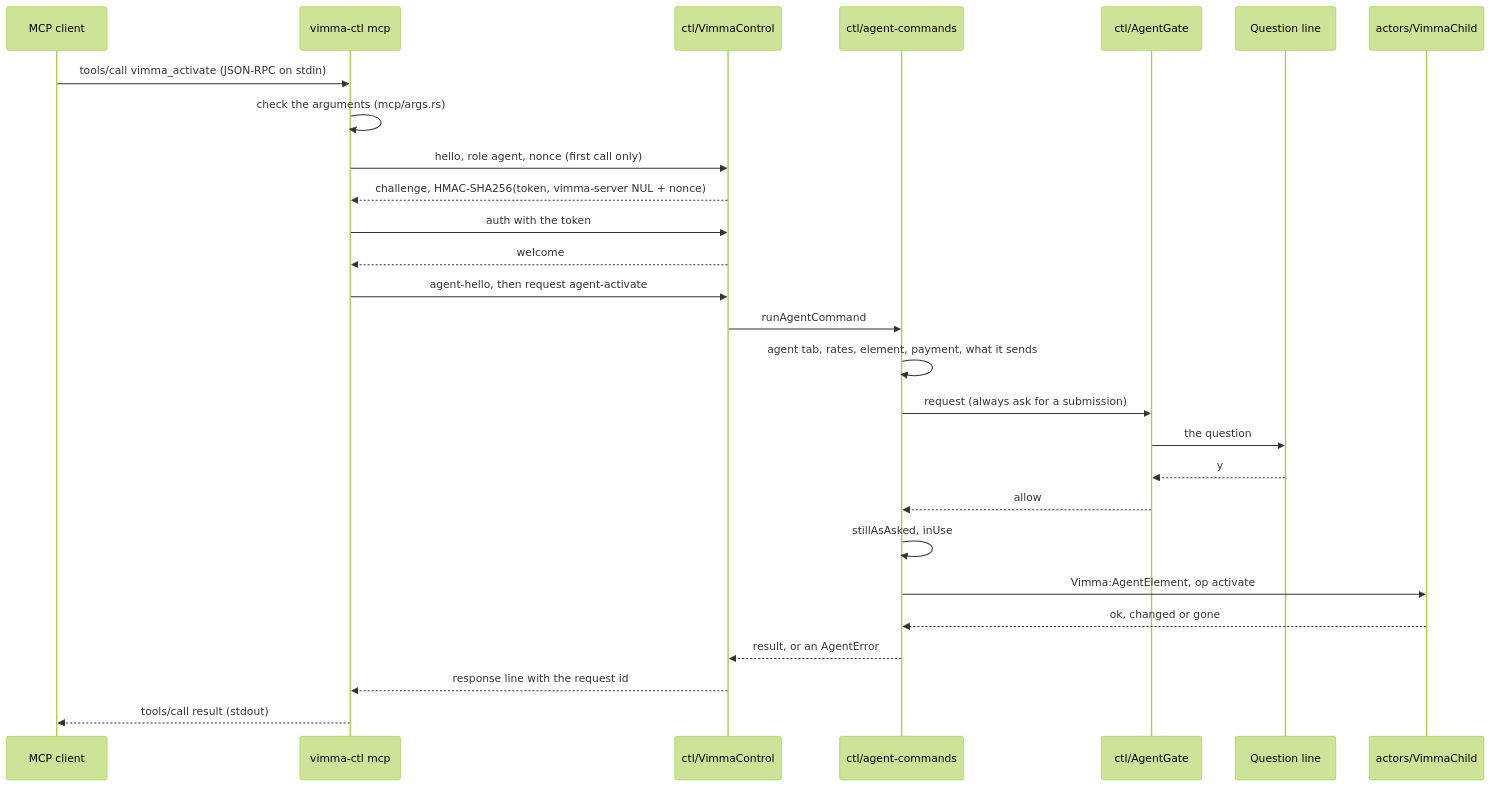
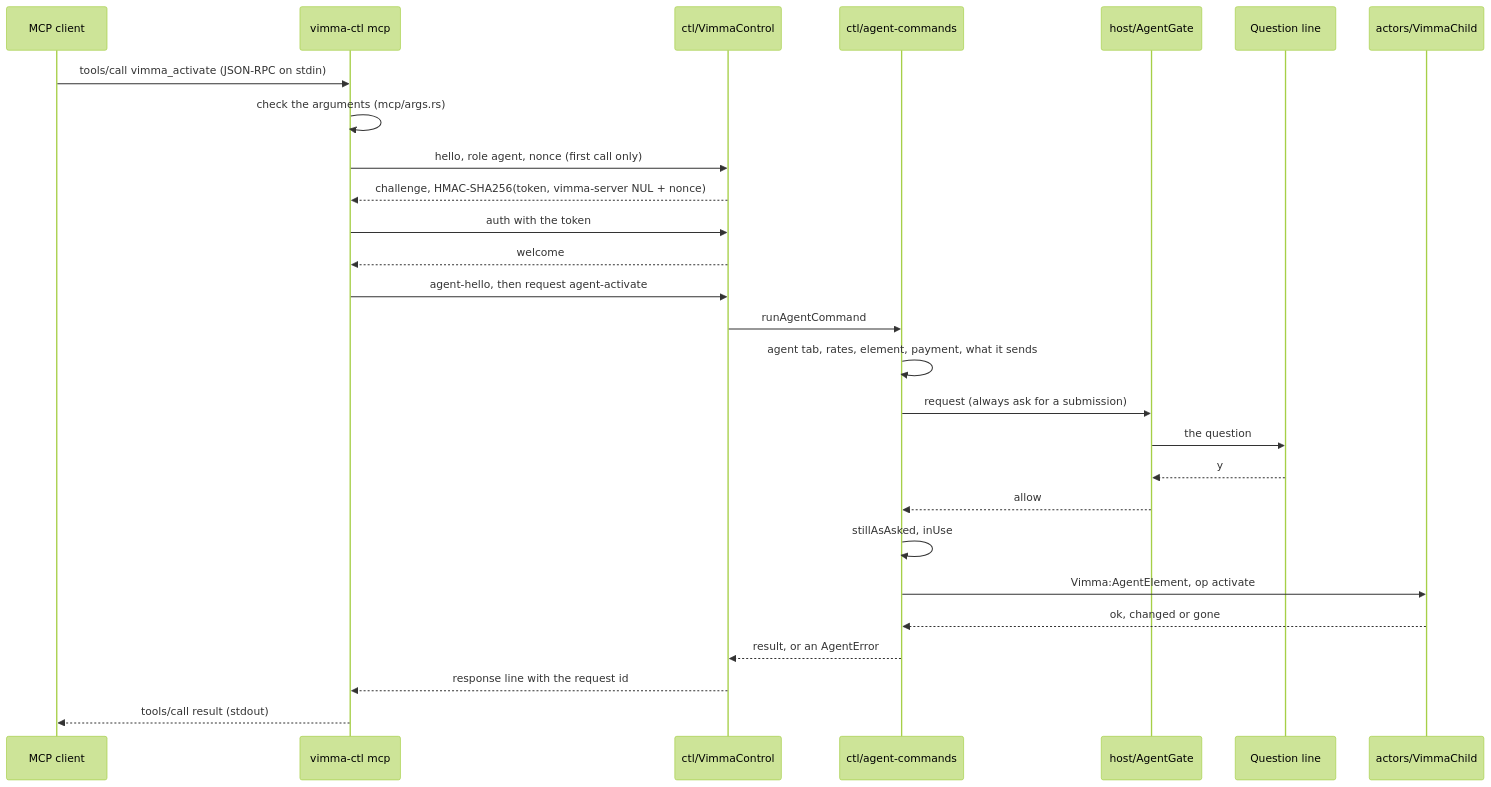
Before and after one commit to vimma-browser/vimma: the diagram in docs/architecture/agent-call.md, drawn with Mermaid (forest theme). The commit also changed other lines of this file and 62 other files, not shown here.

````diff
--- a/docs/architecture/agent-call.md
+++ b/docs/architecture/agent-call.md
@@ -13,29 +13,29 @@
 ```mermaid
 sequenceDiagram
   participant Host as MCP client
   participant Ctl as vimma-ctl mcp
   participant Srv as ctl/VimmaControl
   participant Cmd as ctl/agent-commands
-  participant Gate as ctl/AgentGate
+  participant Gate as host/AgentGate
   participant User as Question line
   participant Child as actors/VimmaChild
   Host->>Ctl: tools/call vimma_activate (JSON-RPC on stdin)
   Ctl->>Ctl: check the arguments (mcp/args.rs)
   Ctl->>Srv: hello, role agent, nonce (first call only)
   Srv-->>Ctl: challenge, HMAC-SHA256(token, vimma-server NUL + nonce)
   Ctl->>Srv: auth with the token
   Srv-->>Ctl: welcome
   Ctl->>Srv: agent-hello, then request agent-activate
   Srv->>Cmd: runAgentCommand
   Cmd->>Cmd: agent tab, rates, element, payment, what it sends
   Cmd->>Gate: request (always ask for a submission)
   Gate->>User: the question
   User-->>Gate: y
   Gate-->>Cmd: allow
   Cmd->>Cmd: stillAsAsked, inUse
   Cmd->>Child: Vimma:AgentElement, op activate
   Child-->>Cmd: ok, changed or gone
   Cmd-->>Srv: result, or an AgentError
   Srv-->>Ctl: response line with the request id
   Ctl-->>Host: tools/call result (stdout)
 ```
````
